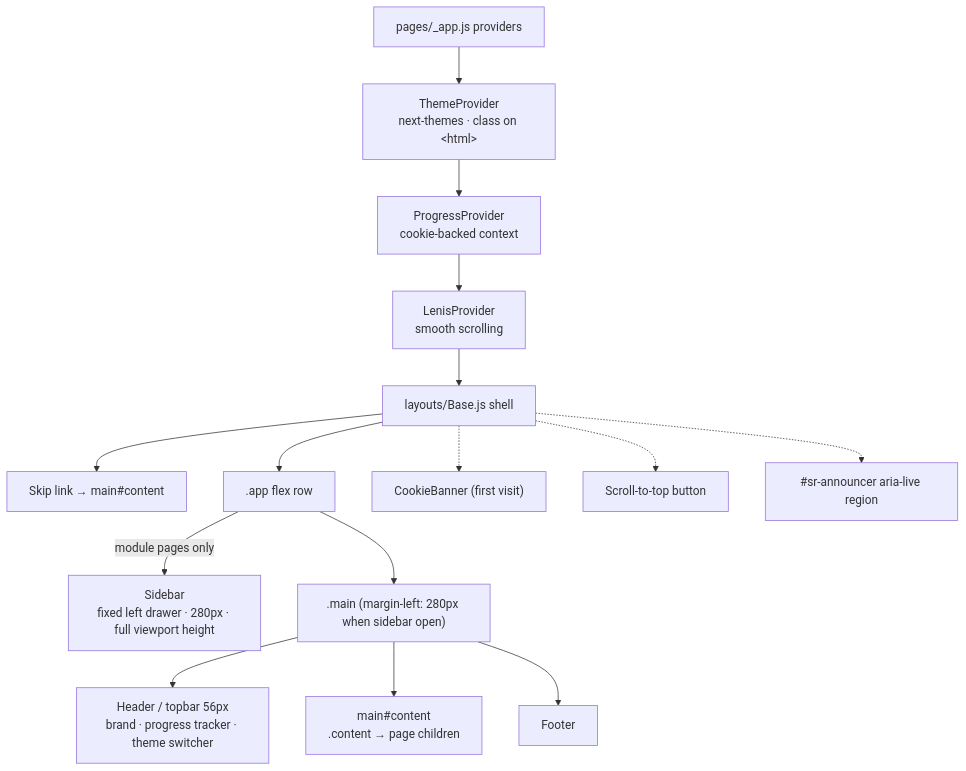
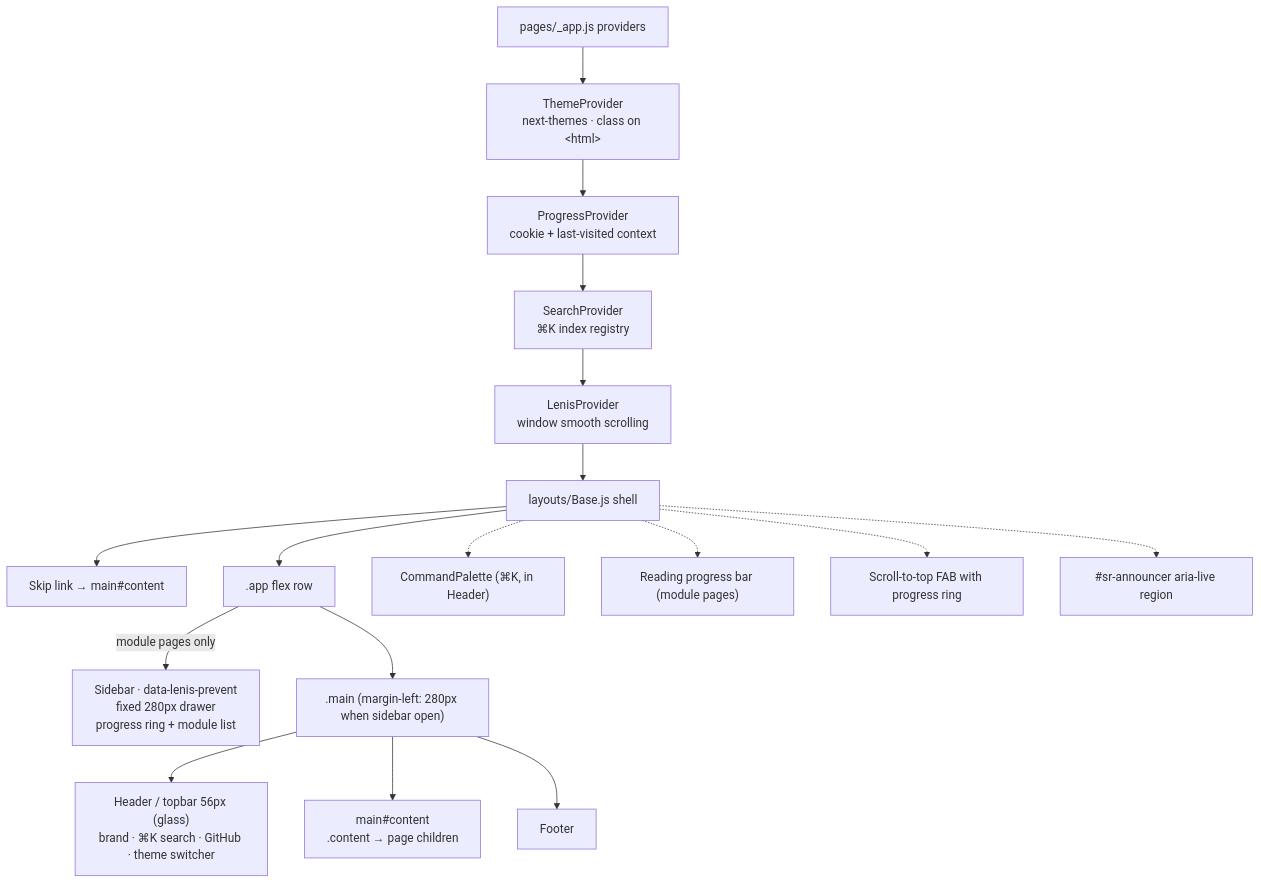
The second of 2 diagrams in docs/architecture.md (ammdevl/lfs-101-notes), drawn with Mermaid before and after one commit. The commit also changed other lines of this file and 38 other files, not shown here.

````diff
--- a/docs/architecture.md
+++ b/docs/architecture.md
@@ -28,21 +34,23 @@
 ```mermaid
 flowchart TD
     APP["pages/_app.js providers"] --> T["ThemeProvider<br/>next-themes · class on &lt;html&gt;"]
-    T --> P["ProgressProvider<br/>cookie-backed context"]
-    P --> L["LenisProvider<br/>smooth scrolling"]
+    T --> P["ProgressProvider<br/>cookie + last-visited context"]
+    P --> S["SearchProvider<br/>⌘K index registry"]
+    S --> L["LenisProvider<br/>window smooth scrolling"]
     L --> BASE["layouts/Base.js shell"]
 
     BASE --> SKIP["Skip link → main#content"]
     BASE --> SHELL[".app flex row"]
 
-    SHELL -->|module pages only| SB["Sidebar<br/>fixed left drawer · 280px · full viewport height"]
+    SHELL -->|module pages only| SB["Sidebar · data-lenis-prevent<br/>fixed 280px drawer<br/>progress ring + module list"]
     SHELL --> MAIN[".main (margin-left: 280px when sidebar open)"]
 
-    MAIN --> TOP["Header / topbar 56px<br/>brand · progress tracker · theme switcher"]
+    MAIN --> TOP["Header / topbar 56px (glass)<br/>brand · ⌘K search · GitHub · theme switcher"]
     MAIN --> CONTENT["main#content<br/>.content → page children"]
     MAIN --> FOOT["Footer"]
 
-    BASE -.-> CB["CookieBanner (first visit)"]
-    BASE -.-> FAB["Scroll-to-top button"]
+    BASE -.-> PAL["CommandPalette (⌘K, in Header)"]
+    BASE -.-> RP["Reading progress bar (module pages)"]
+    BASE -.-> FAB["Scroll-to-top FAB with progress ring"]
     BASE -.-> SR["#sr-announcer aria-live region"]
 ```
````
